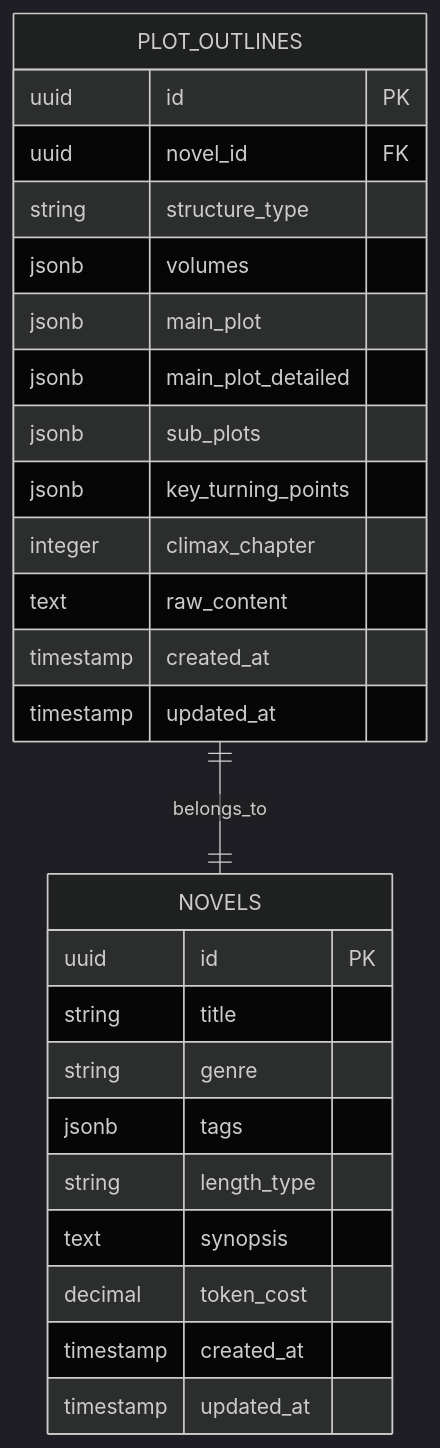
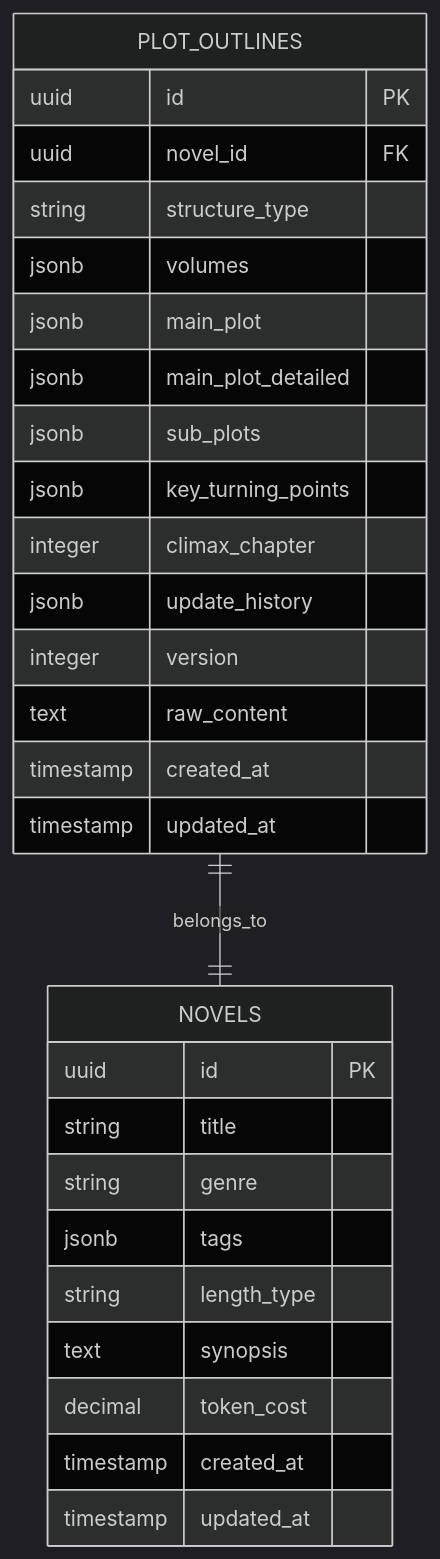
One commit to xfbyxq/ai-novel-system changed diagram 11 of 13 in .qoder/repowiki/zh/content/API接口文档/大纲管理API.md. Above: the diagram before and after it, drawn with Mermaid (dark theme). The commit also changed other lines of this file and 43 other files, not shown here.

````diff
--- a/.qoder/repowiki/zh/content/API接口文档/大纲管理API.md
+++ b/.qoder/repowiki/zh/content/API接口文档/大纲管理API.md
@@ -352,29 +420,31 @@
 ```mermaid
 erDiagram
 PLOT_OUTLINES {
 uuid id PK
 uuid novel_id FK
 string structure_type
 jsonb volumes
 jsonb main_plot
 jsonb main_plot_detailed
 jsonb sub_plots
 jsonb key_turning_points
 integer climax_chapter
+jsonb update_history
+integer version
 text raw_content
 timestamp created_at
 timestamp updated_at
 }
 NOVELS {
 uuid id PK
 string title
 string genre
 jsonb tags
 string length_type
 text synopsis
 decimal token_cost
 timestamp created_at
 timestamp updated_at
 }
 PLOT_OUTLINES ||--|| NOVELS : belongs_to
 ```
````
